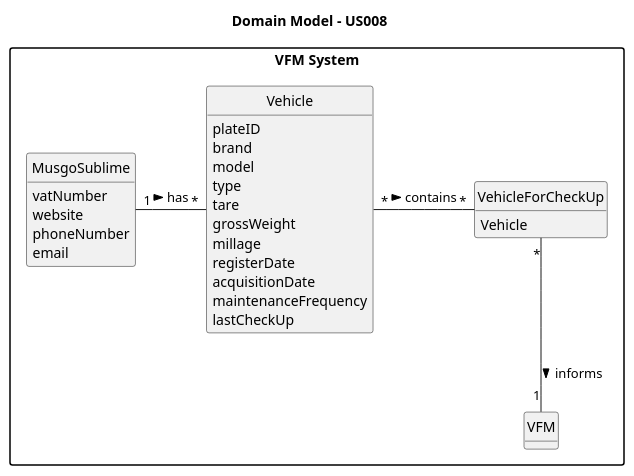
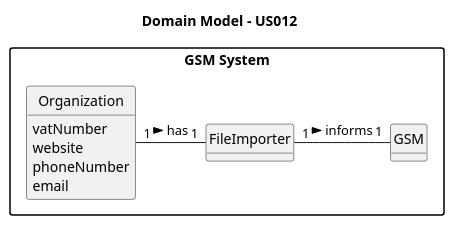
One commit to SAEmanuel/Green_Spaces_Management_ISEP changed the diagram in docs/sprintB/us012/02.analysis/puml/us012-domain-model.puml. Above: the diagram before and after it, drawn with PlantUML.

Commit message:
US 12: Domain model

```diff
--- a/docs/sprintB/us012/02.analysis/puml/us012-domain-model.puml
+++ b/docs/sprintB/us012/02.analysis/puml/us012-domain-model.puml
@@ -1,54 +1,39 @@
 @startuml
 skinparam monochrome true
 skinparam packageStyle rectangle
 skinparam shadowing false
 
 'left to right direction
 
 skinparam classAttributeIconSize 0
 
 hide circle
 hide methods
-package "VFM System" {
+package "GSM System" {
 
-title Domain Model - US008
+title Domain Model - US012
 
-class VehicleForCheckUp {
-    Vehicle
+class FileImporter {
+
 }
 
-class VFM {
+class GSM {
 }
 
-class Vehicle {
-         plateID
-         brand
-         model
-         type
-         tare
-         grossWeight
-         millage
-         registerDate
-         acquisitionDate
-         maintenanceFrequency
-         lastCheckUp
-}
-
-class MusgoSublime {
+class Organization {
 vatNumber
 website
 phoneNumber
 email
 }
 
 
 
-MusgoSublime "1" - "*" Vehicle: has >
-Vehicle "*"- "*" VehicleForCheckUp: contains >
-VehicleForCheckUp "*" -- "1" VFM : informs >
+Organization "1" - "1" FileImporter: has >
+FileImporter "1" - "1" GSM : informs >
 
 
 
 
 
 @enduml
```
